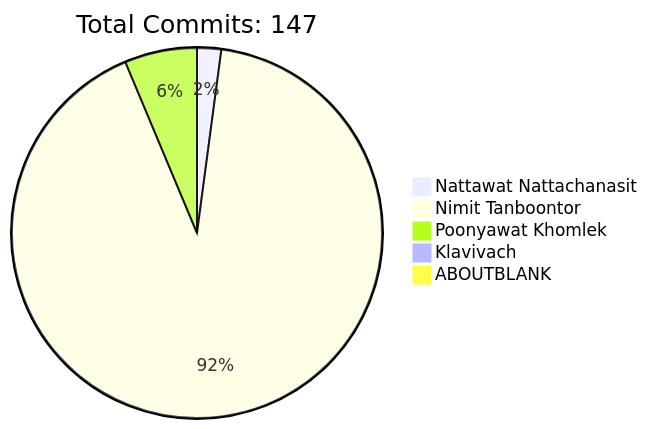
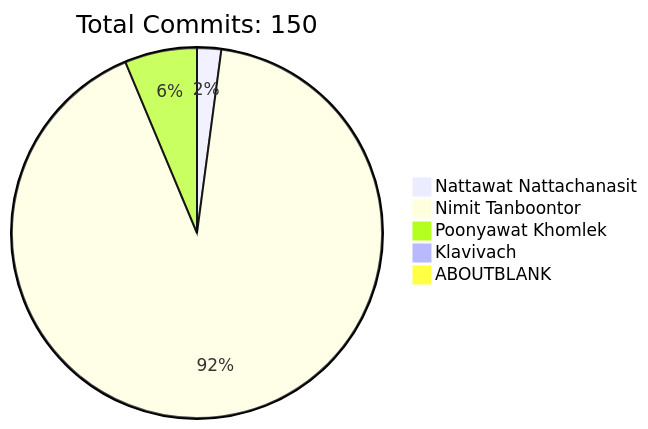
Before and after one commit to HLLC-MFU/HLLC-2025: the diagram in README.md, drawn with Mermaid. The commit also changed other lines of this file, not shown here.

````diff
--- a/README.md
+++ b/README.md
@@ -170,9 +170,9 @@
 ```mermaid
 pie
-    title Total Commits: 147
+    title Total Commits: 150
     "Nattawat Nattachanasit" : 2
     "Nimit Tanboontor" : 87
     "Poonyawat Khomlek" : 6
     "Klavivach" : 0
     "ABOUTBLANK" : 0
 ```
````
